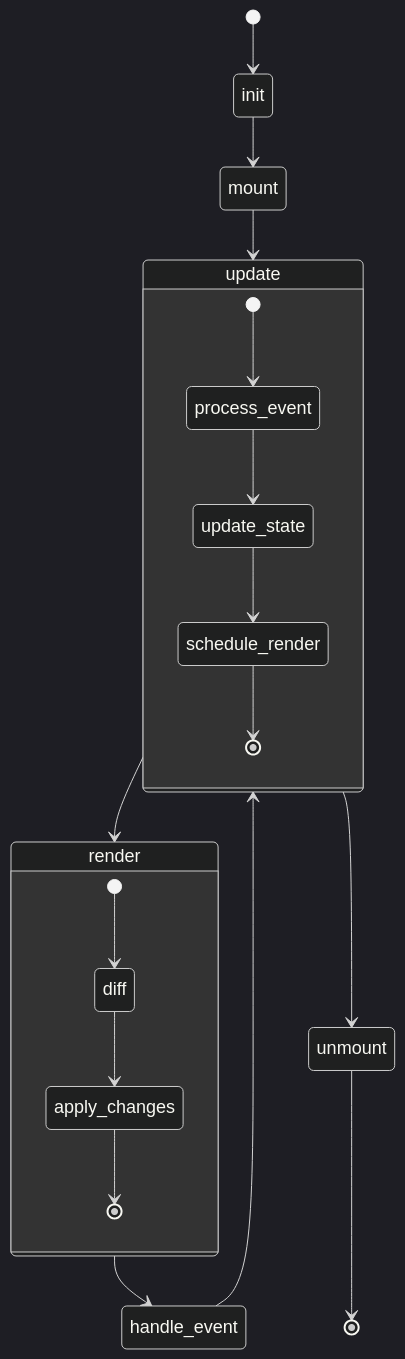
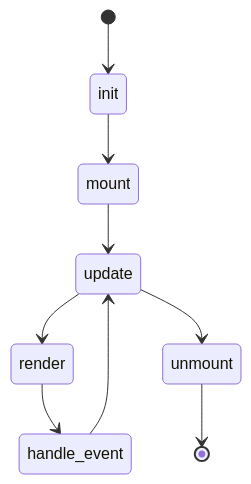
One commit to Hydepwns/raxol changed the seventh of 9 diagrams in docs/ARCHITECTURE.md. Above: the diagram before and after it, drawn with Mermaid. The commit also changed other lines of this file and 17 other files, not shown here.

````diff
--- a/docs/ARCHITECTURE.md
+++ b/docs/ARCHITECTURE.md
@@ -179,25 +148,11 @@
 ```mermaid
-%%{init: { 'theme': 'dark', 'themeVariables': { 'fontSize': '18px', 'fontFamily': 'Inter, Arial, sans-serif', 'primaryColor': '#22223b', 'primaryTextColor': '#f8f8f2', 'primaryBorderColor': '#f8f8f2', 'lineColor': '#f8f8f2', 'edgeLabelBackground':'#22223b', 'clusterBkg':'#2a2a40', 'clusterBorder':'#f8f8f2' } } }%%
 stateDiagram-v2
     [*] --> init
     init --> mount
     mount --> update
     update --> render
     render --> handle_event
     handle_event --> update
     update --> unmount
     unmount --> [*]
-
-    state update {
-        [*] --> process_event
-        process_event --> update_state
-        update_state --> schedule_render
-        schedule_render --> [*]
-    }
-
-    state render {
-        [*] --> diff
-        diff --> apply_changes
-        apply_changes --> [*]
-    }
 ```
````
